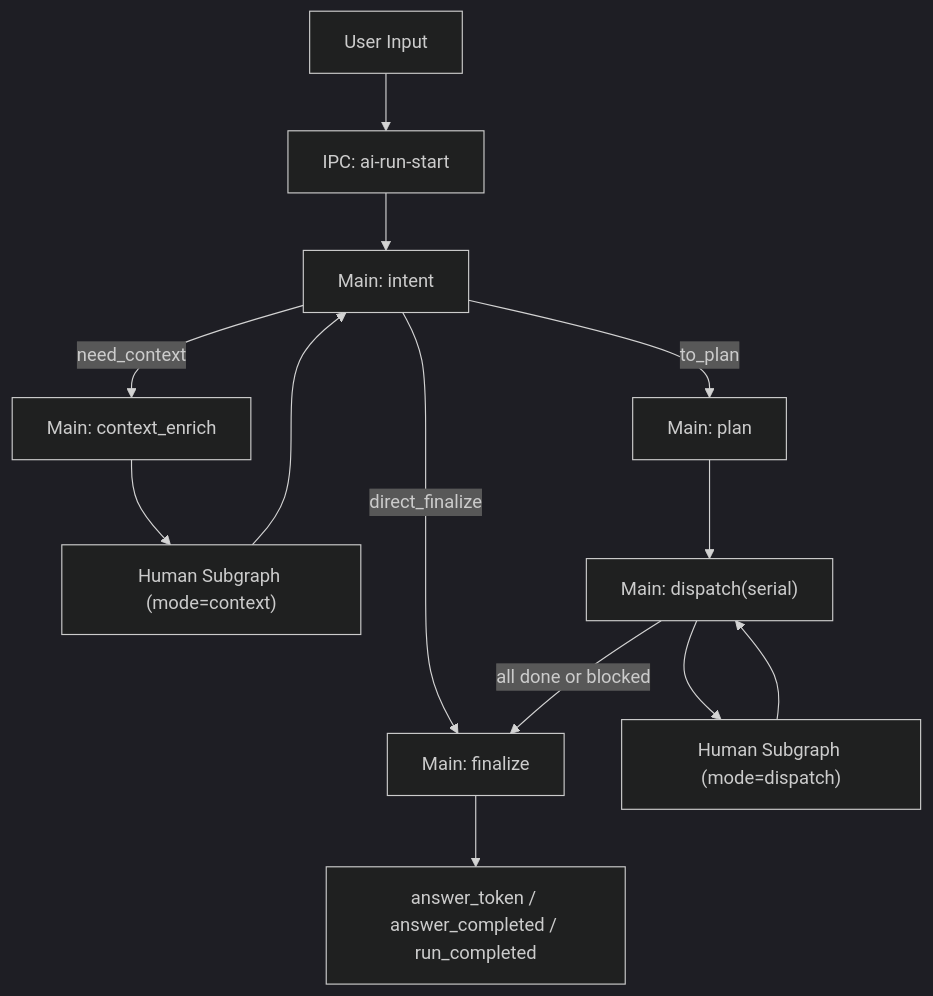
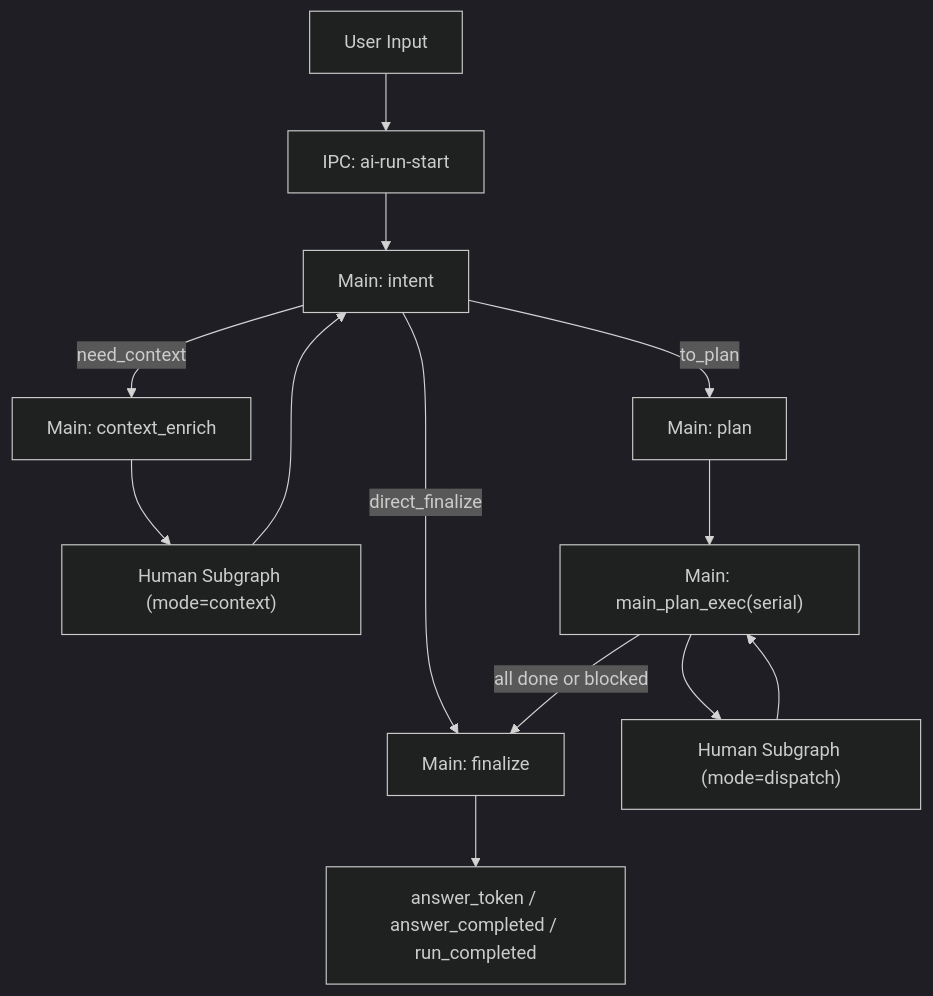
Before and after one commit to Yoan98/Ncurator: the first of 3 diagrams in doc/ai-architecture.md, drawn with Mermaid (dark theme). The commit also changed other lines of this file and 20 other files, not shown here.

Commit message:
feat: Update AI architecture and node structure to enhance task execution flow and state management

````diff
--- a/doc/ai-architecture.md
+++ b/doc/ai-architecture.md
@@ -25,15 +25,15 @@
 ```mermaid
 flowchart TD
   U["User Input"] --> IPC["IPC: ai-run-start"]
   IPC --> M0["Main: intent"]
   M0 -->|need_context| M1["Main: context_enrich"]
   M0 -->|to_plan| M2["Main: plan"]
   M0 -->|direct_finalize| M4["Main: finalize"]
   M1 --> HCTX["Human Subgraph (mode=context)"]
   HCTX --> M0
-  M2 --> M3["Main: dispatch(serial)"]
+  M2 --> M3["Main: main_plan_exec(serial)"]
   M3 --> HDIS["Human Subgraph (mode=dispatch)"]
   HDIS --> M3
   M3 -->|all done or blocked| M4
   M4 --> OUT["answer_token / answer_completed / run_completed"]
 ```
````
